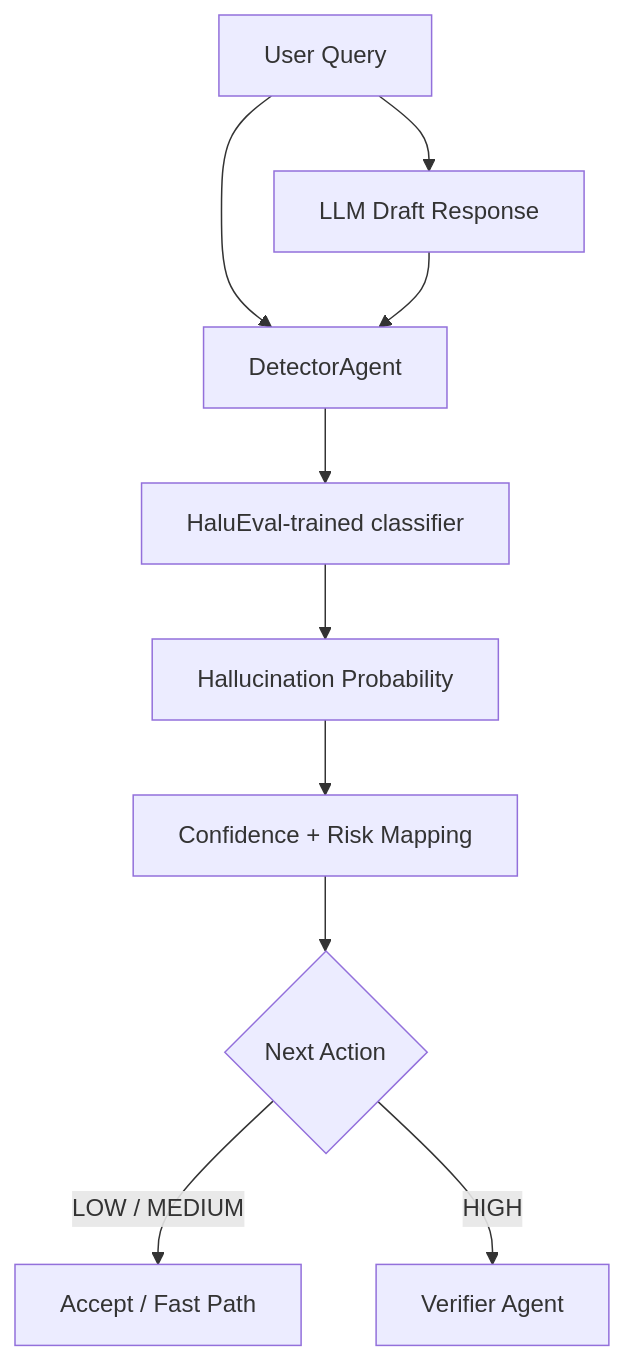
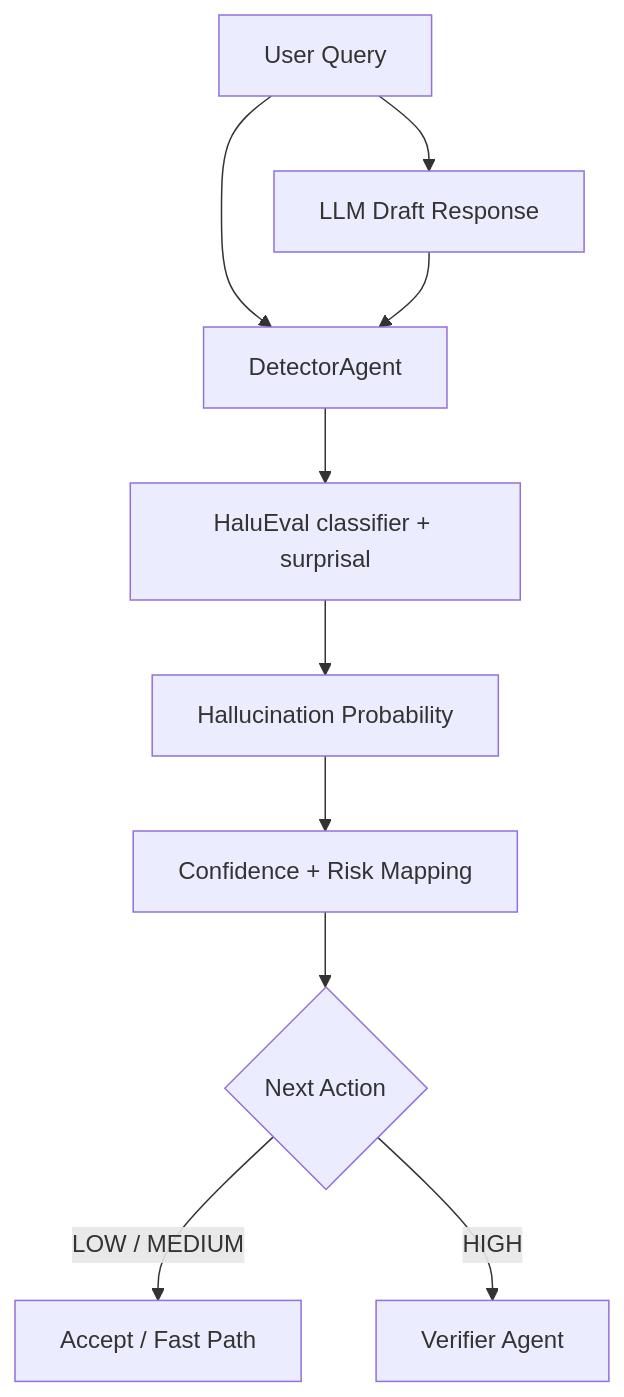
The first of 2 diagrams in agents/detector_agent/README.md (Manju10092006/HalluciGuard), drawn with Mermaid before and after one commit. The commit also changed other lines of this file and 5 other files, not shown here.

````diff
--- a/agents/detector_agent/README.md
+++ b/agents/detector_agent/README.md
@@ -21,12 +25,12 @@
 ```mermaid
 flowchart TD
     Q[User Query] --> R[LLM Draft Response]
     Q --> D[DetectorAgent]
     R --> D
-    D --> M[HaluEval-trained classifier]
+    D --> M[HaluEval classifier + surprisal]
     M --> P[Hallucination Probability]
     P --> C[Confidence + Risk Mapping]
     C --> A{Next Action}
     A -->|LOW / MEDIUM| F[Accept / Fast Path]
     A -->|HIGH| V[Verifier Agent]
 ```
````
